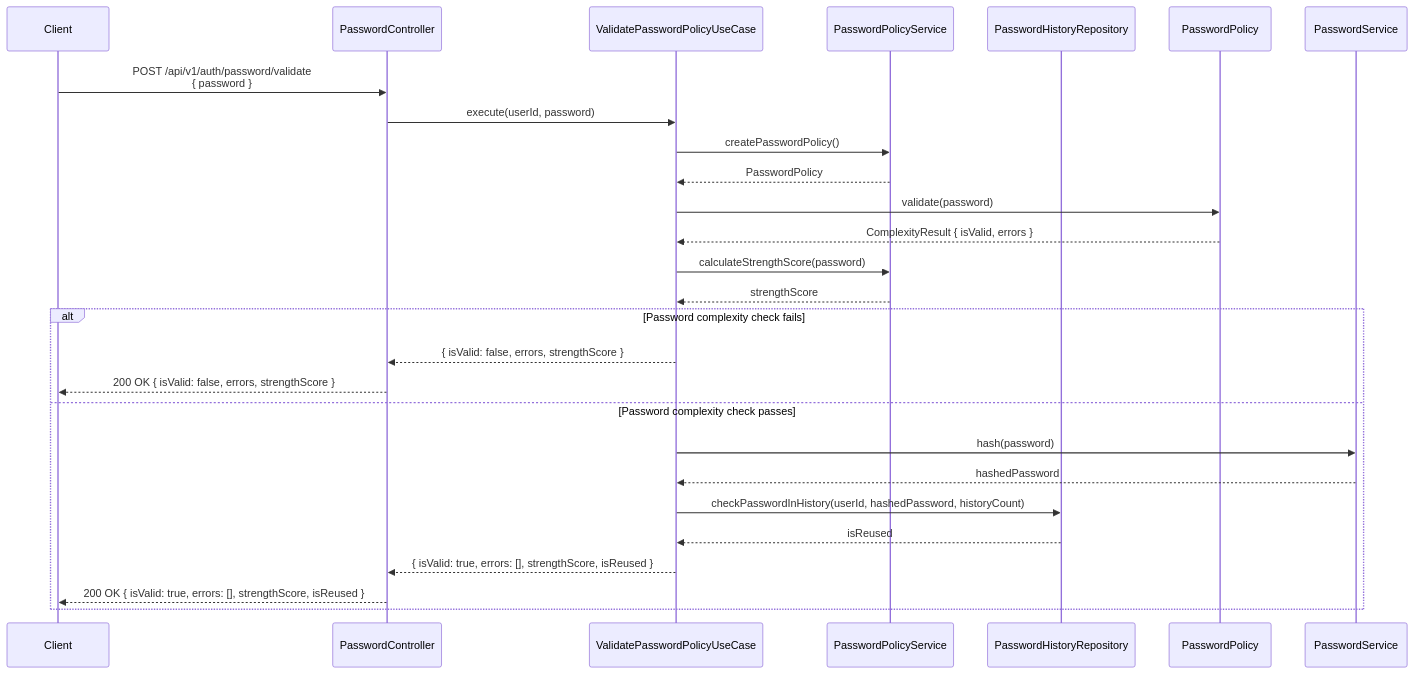
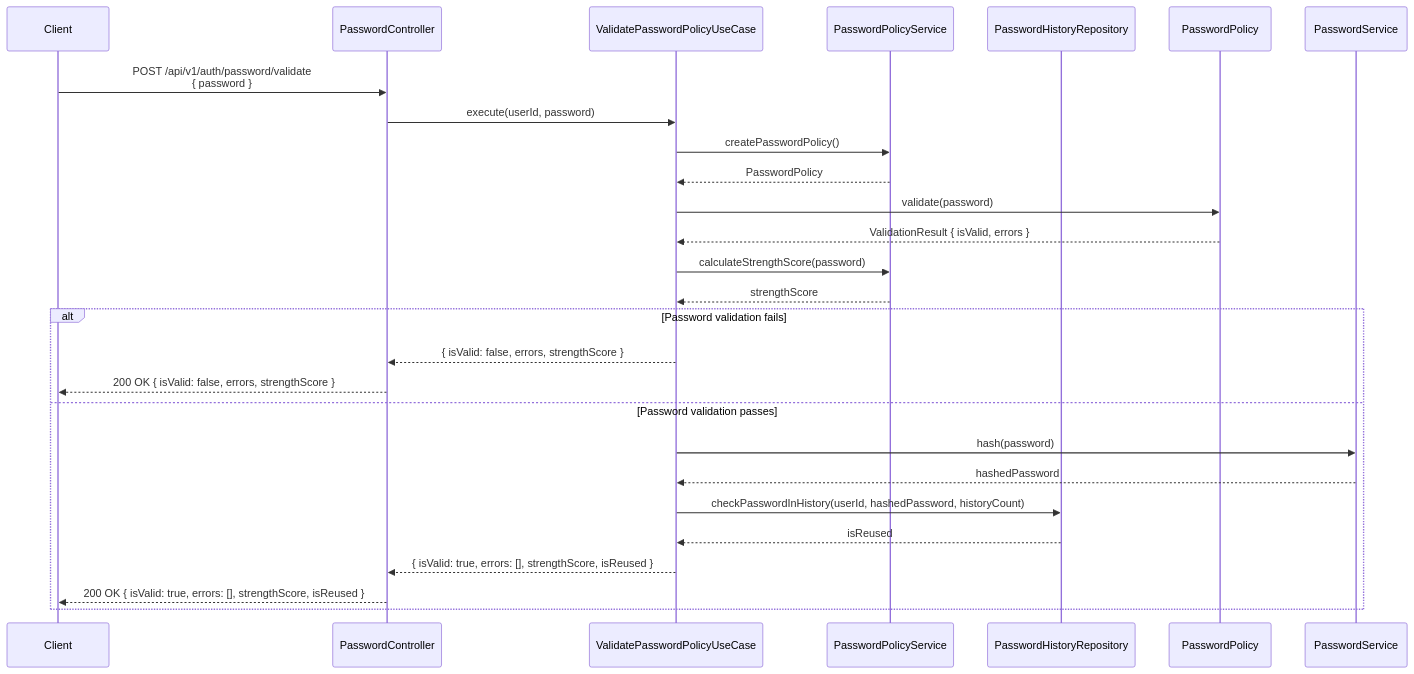
One commit to kencom2400/MrWebDefence-Console changed the second of 3 diagrams in docs/detailed-design/MWD-32_password-policy-implementation/sequence-diagrams.md. Above: the diagram before and after it, drawn with Mermaid. The commit also changed other lines of this file and 2 other files, not shown here.

Commit message:
fix: パスワードポリシー設計の一貫性を改善
- PasswordPolicy Value Objectから冗長なcheckComplexityメソッドを削除（validateのみに統一）
- ComplexityResultをValidationResultに変更し、strengthScoreを分離（Value Objectの責務を明確化）
- テスト戦略の記述を修正（PasswordPolicyServiceの責務を正確に記述）
- シーケンス図にPasswordPolicyとPasswordServiceを追加し、データフローの整合性を確保
- クラス図の依存関係を修正（ValidatePasswordPolicyUseCaseにPasswordServiceを追加）

````diff
--- a/docs/detailed-design/MWD-32_password-policy-implementation/sequence-diagrams.md
+++ b/docs/detailed-design/MWD-32_password-policy-implementation/sequence-diagrams.md
@@ -61,34 +61,34 @@
 ```mermaid
 sequenceDiagram
     participant Client
     participant PasswordController
     participant ValidatePasswordPolicyUseCase
     participant PasswordPolicyService
     participant PasswordHistoryRepository
 
     Client->>PasswordController: POST /api/v1/auth/password/validate<br/>{ password }
     PasswordController->>ValidatePasswordPolicyUseCase: execute(userId, password)
     
     ValidatePasswordPolicyUseCase->>PasswordPolicyService: createPasswordPolicy()
     PasswordPolicyService-->>ValidatePasswordPolicyUseCase: PasswordPolicy
     
     ValidatePasswordPolicyUseCase->>PasswordPolicy: validate(password)
-    PasswordPolicy-->>ValidatePasswordPolicyUseCase: ComplexityResult { isValid, errors }
+    PasswordPolicy-->>ValidatePasswordPolicyUseCase: ValidationResult { isValid, errors }
     
     ValidatePasswordPolicyUseCase->>PasswordPolicyService: calculateStrengthScore(password)
     PasswordPolicyService-->>ValidatePasswordPolicyUseCase: strengthScore
     
-    alt Password complexity check fails
+    alt Password validation fails
         ValidatePasswordPolicyUseCase-->>PasswordController: { isValid: false, errors, strengthScore }
         PasswordController-->>Client: 200 OK { isValid: false, errors, strengthScore }
-    else Password complexity check passes
+    else Password validation passes
         ValidatePasswordPolicyUseCase->>PasswordService: hash(password)
         PasswordService-->>ValidatePasswordPolicyUseCase: hashedPassword
         
         ValidatePasswordPolicyUseCase->>PasswordHistoryRepository: checkPasswordInHistory(userId, hashedPassword, historyCount)
         PasswordHistoryRepository-->>ValidatePasswordPolicyUseCase: isReused
         
         ValidatePasswordPolicyUseCase-->>PasswordController: { isValid: true, errors: [], strengthScore, isReused }
         PasswordController-->>Client: 200 OK { isValid: true, errors: [], strengthScore, isReused }
     end
 ```
````
